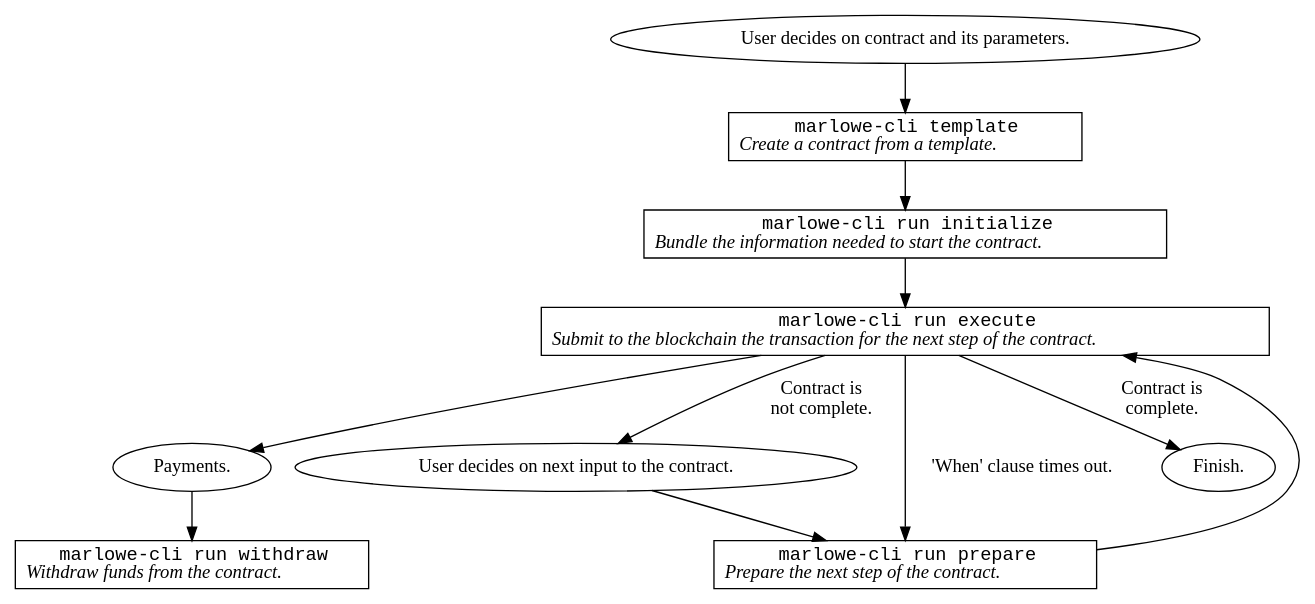
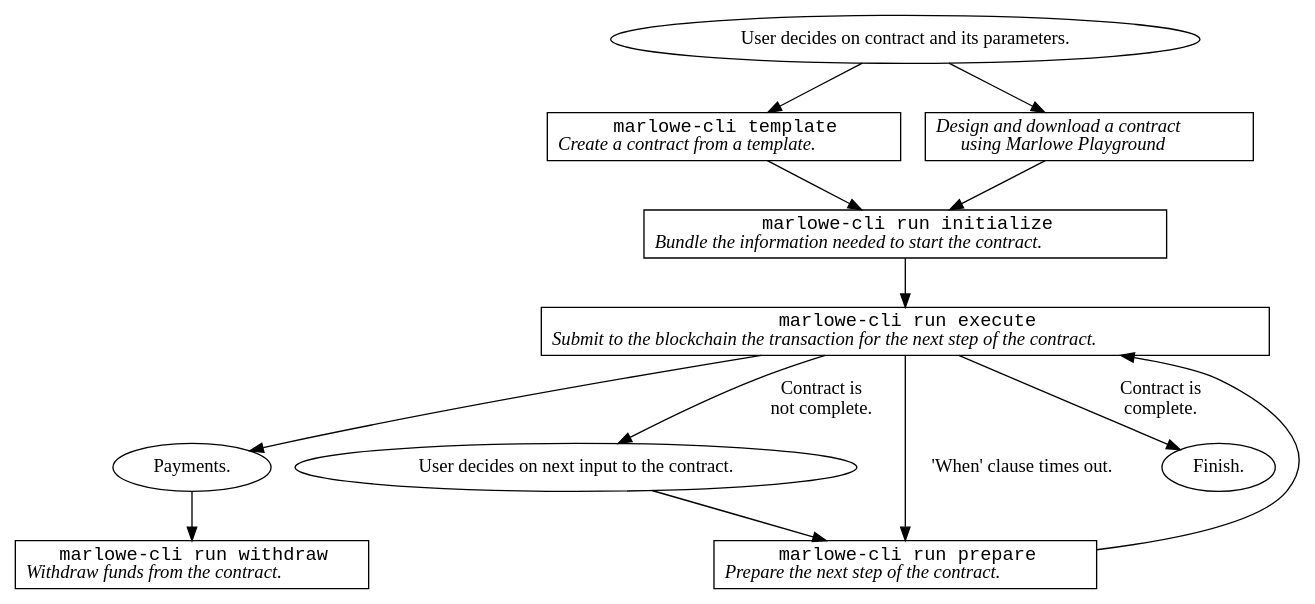
The diagram in diagrams/high-level-concrete.dot (input-output-hk/real-world-marlowe), drawn with Graphviz before and after one commit. The commit also changed 28 other files, not shown here.

Commit message:
SCP-3948 Revised first segment of marlowe-cli lecture and diagrams.

```diff
--- a/diagrams/high-level-concrete.dot
+++ b/diagrams/high-level-concrete.dot
@@ -1,55 +1,62 @@
 digraph HighLevelConcrete {
 
 
 node [shape=box]
 
 
 UserSelect [shape=oval label="User decides on contract and its parameters."]
 
 
 Template [label=<<font face="monospace">marlowe-cli template</font><br/><i>Create a contract from a template.</i>>]
 
 UserSelect -> Template
 
 
+Playground [label=<<i>Design and download a contract<br/>using Marlowe Playground</i>>]
+
+UserSelect -> Playground
+
+
 Initialize [label=<<font face="monospace">marlowe-cli run initialize</font><br/><i>Bundle the information needed to start the contract.</i>>]
 
 Template -> Initialize
+
+Playground -> Initialize
 
 
 Execute [label=<<font face="monospace">marlowe-cli run execute</font><br/><i>Submit to the blockchain the transaction for the next step of the contract.</i>>]
 
 Initialize -> Execute
 
 
 Payments [shape=oval label="Payments."]
 
 Execute -> Payments
 
 
 Withdraw [label=<<font face="monospace">marlowe-cli run withdraw</font><br/><i>Withdraw funds from the contract.</i>>]
 
 Payments -> Withdraw
 
 
 UserInput [shape=oval label="User decides on next input to the contract."]
 
 Execute -> UserInput [label="Contract is\nnot complete."]
 
 
 Prepare [label=<<font face="monospace">marlowe-cli run prepare</font><br/><i>Prepare the next step of the contract.</i>>]
 
 UserInput -> Prepare
 
 Prepare -> Execute
 
 
 Close [shape=oval label="Finish."]
 
 Execute -> Close [label="Contract is\ncomplete."]
 
 
 Execute -> Prepare [label="'When' clause times out."]
 
 
 }
```
